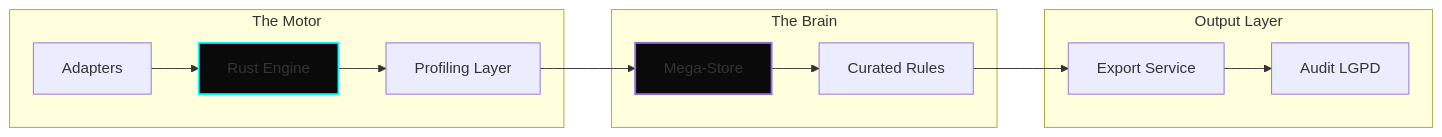
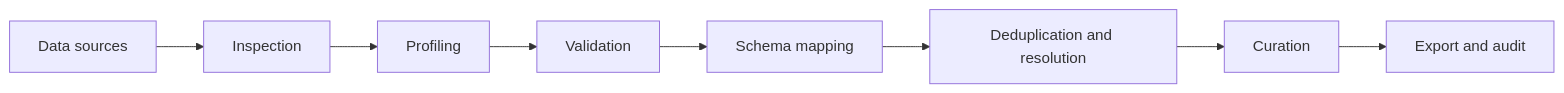
The first of 2 diagrams in README.en.md (alldevitone-maker/Genaja), drawn with Mermaid before and after one commit. The commit also changed other lines of this file, not shown here.

````diff
--- a/README.en.md
+++ b/README.en.md
@@ -38,20 +32,10 @@
 ```mermaid
 graph LR
-    subgraph "The Motor"
-        AD[Adapters] --> RD[Rust Engine]
-        RD --> PL[Profiling Layer]
-    end
-
-    subgraph "The Brain"
-        PL --> MS[Mega-Store]
-        MS --> CS[Curated Rules]
-    end
-
-    subgraph "Output Layer"
-        CS --> EX[Export Service]
-        EX --> AU[Audit LGPD]
-    end
-
-    style RD fill:#0a0a0a,stroke:#00ffff,stroke-width:2px
-    style MS fill:#0a0a0a,stroke:#amber,stroke-width:2px
+    A[Data sources] --> B[Inspection]
+    B --> C[Profiling]
+    C --> D[Validation]
+    D --> E[Schema mapping]
+    E --> F[Deduplication and resolution]
+    F --> G[Curation]
+    G --> H[Export and audit]
 ```
````
